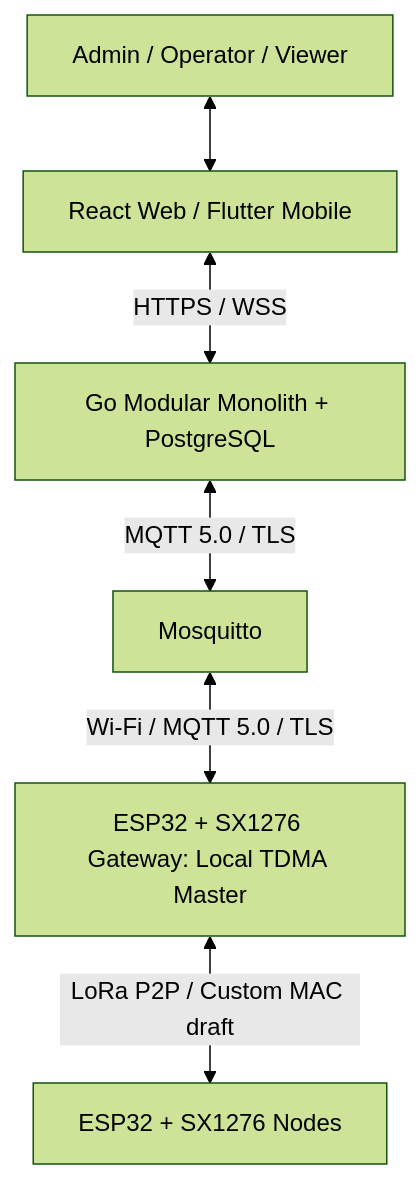
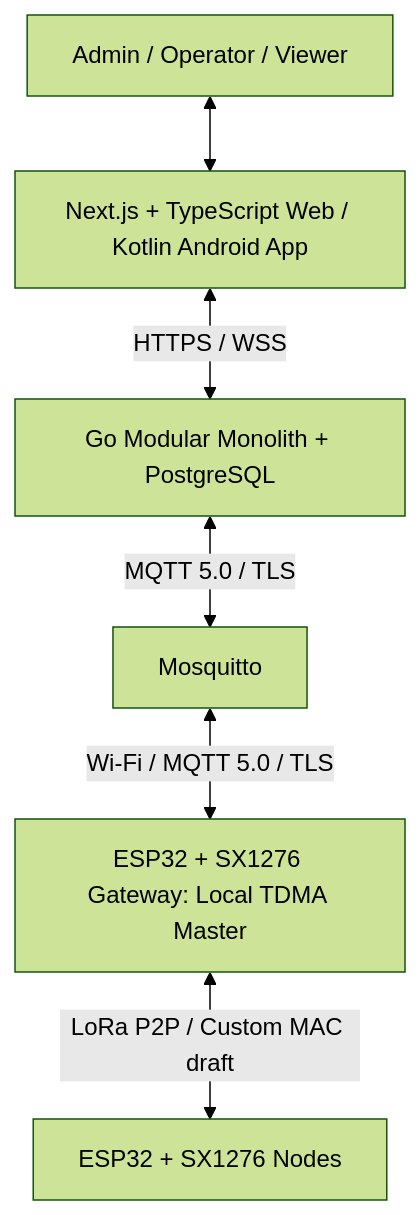
One commit to khanhpn308/LoRa-P2P-Hybrid-TDMA-MVP changed the diagram in docs/architecture/system-overview.md. Above: the diagram before and after it, drawn with Mermaid (forest theme). The commit also changed other lines of this file, not shown here.

Commit message:
docs(presentation): adopt Next.js and Kotlin client stack (#111)

````diff
--- a/docs/architecture/system-overview.md
+++ b/docs/architecture/system-overview.md
@@ -9,8 +9,8 @@
 ```mermaid
 flowchart TB
-  USERS[Admin / Operator / Viewer] <--> CLIENTS[React Web / Flutter Mobile]
+  USERS[Admin / Operator / Viewer] <--> CLIENTS[Next.js + TypeScript Web / Kotlin Android App]
   CLIENTS <-->|HTTPS / WSS| GO[Go Modular Monolith + PostgreSQL]
   GO <-->|MQTT 5.0 / TLS| BROKER[Mosquitto]
   BROKER <-->|Wi-Fi / MQTT 5.0 / TLS| GW[ESP32 + SX1276 Gateway: Local TDMA Master]
   GW <-->|LoRa P2P / Custom MAC draft| NODES[ESP32 + SX1276 Nodes]
 ```
````
